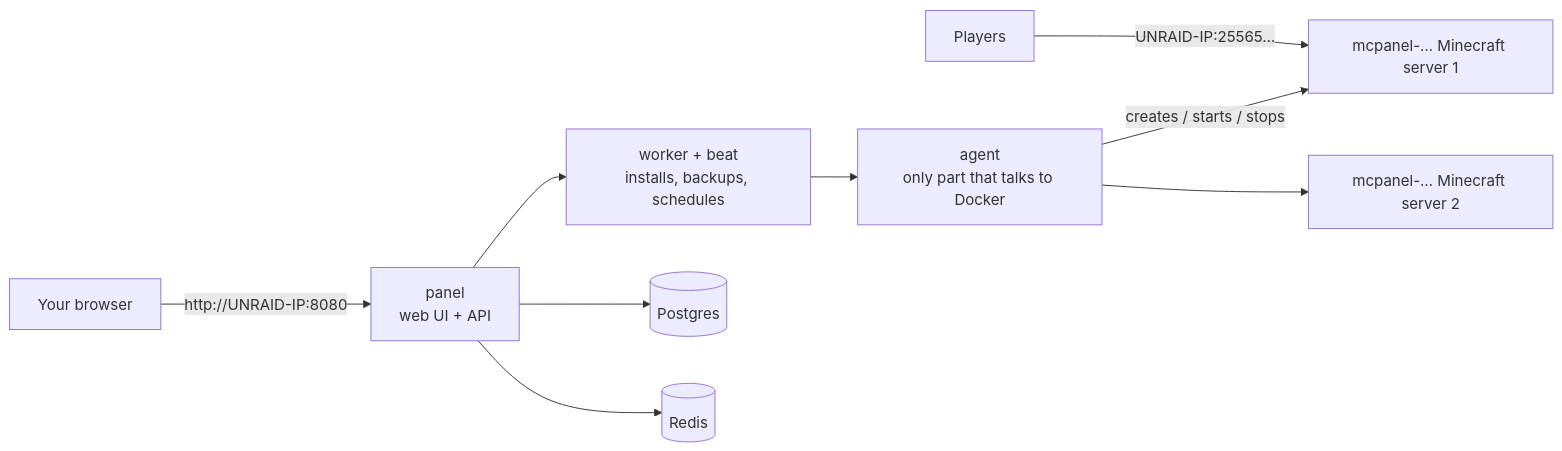
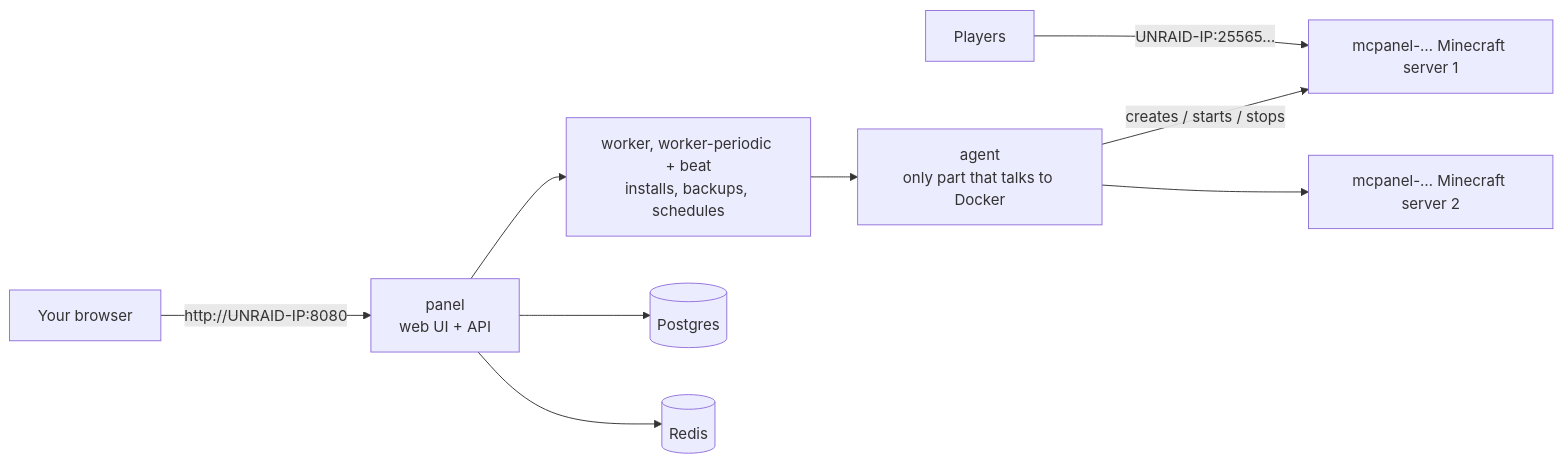
Before and after one commit to cj7s1/mcserver: the diagram in docs/QUICKSTART-UNRAID.md, drawn with Mermaid. The commit also changed other lines of this file and 53 other files, not shown here.

````diff
--- a/docs/QUICKSTART-UNRAID.md
+++ b/docs/QUICKSTART-UNRAID.md
@@ -21,11 +21,11 @@
 ```mermaid
 flowchart LR
   B[Your browser] -->|http://UNRAID-IP:8080| P[panel<br/>web UI + API]
-  P --> W[worker + beat<br/>installs, backups, schedules]
+  P --> W[worker, worker-periodic + beat<br/>installs, backups, schedules]
   P --> DB[(Postgres)]
   P --> R[(Redis)]
   W --> A[agent<br/>only part that talks to Docker]
   A -->|creates / starts / stops| MC1[mcpanel-… Minecraft server 1]
   A --> MC2[mcpanel-… Minecraft server 2]
   F[Players] -->|UNRAID-IP:25565…| MC1
 ```
````
